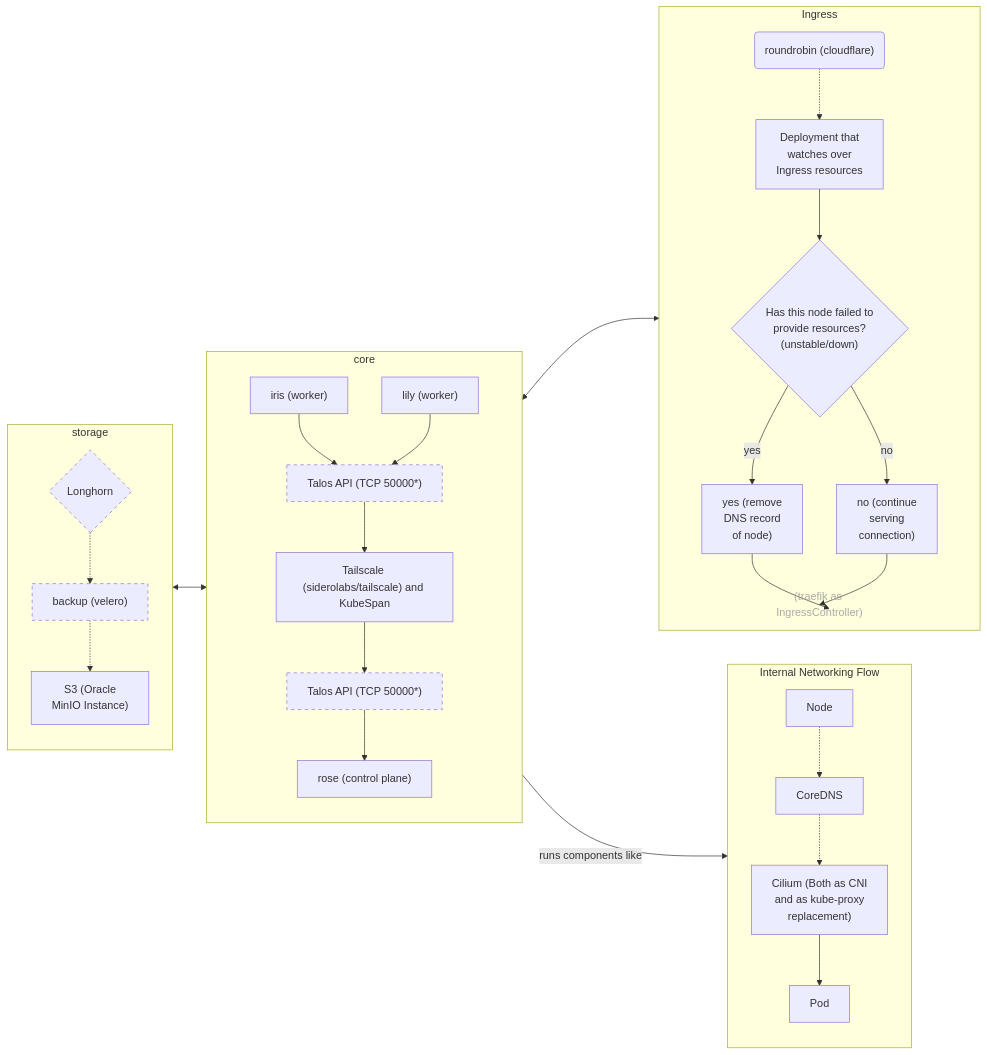
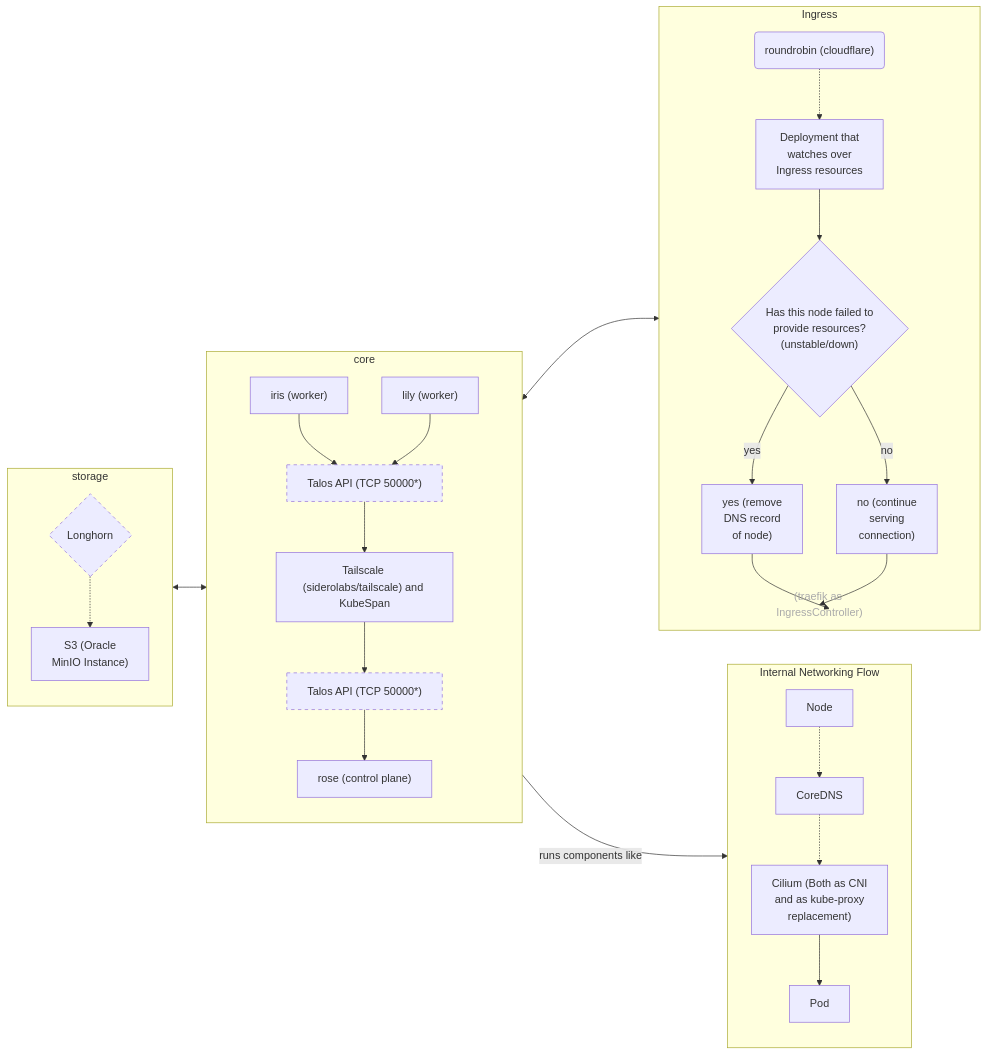
Before and after one commit to bouquet2/bouquet2: the diagram in README.md, drawn with Mermaid.

Commit message:
[skip ci] Update README.md

````diff
--- a/README.md
+++ b/README.md
@@ -82,74 +82,72 @@
 ```mermaid
 graph LR
     classDef dashed stroke-dasharray: 5 5, stroke-width:1px
     %% User Context:
     %% 1. [2025-04-10]. User knows Ansible
     %% - All nodes run Talos Linux
     %% - Will be multi-cloud
     %% - Will be expandable
     %% - hopefully be reproducible (fingers crossed)
     %% - velero might not happen depends on my wallet idk
 
     subgraph Core [core]
         direction TB
         core_rose["rose (control plane)"]
         core_talos_api_up["Talos API (TCP 50000*)"]:::dashed
         core_tailscale["Tailscale (siderolabs/tailscale) and KubeSpan"]
         core_talos_api_down["Talos API (TCP 50000*)"]:::dashed
         core_iris["iris (worker)"]
         core_lily["lily (worker)"]
         core_iris --> core_talos_api_down
         core_lily --> core_talos_api_down
         core_talos_api_down --> core_tailscale
         core_tailscale --> core_talos_api_up
         core_talos_api_up --> core_rose
     end
 
     subgraph Storage [storage]
         direction TB
         storage_longhorn{"Longhorn"}:::dashed
         %% Kept Longhorn as per original chart text
-        storage_velero["backup (velero)"]:::dashed
         storage_s3["S3 (Oracle<br>MinIO Instance)"]
-        storage_longhorn -.-> storage_velero
-        storage_velero -.-> storage_s3
+        storage_longhorn -.-> storage_s3
     end
 
     subgraph Ingress
         direction TB
         ingress_rr("roundrobin (cloudflare)")
         ingress_watcher["Deployment that<br>watches over<br>Ingress resources"]
         ingress_check{"Has this node failed to<br>provide resources?<br>(unstable/down)"}
         ingress_yes["yes (remove<br>DNS record<br>of node)"]
         ingress_no["no (continue<br>serving<br>connection)"]
         ingress_note(["(traefik as IngressController)"])
         style ingress_note fill:none,stroke:none,color:#aaa
         %% Make note less prominent
         ingress_rr -.-> ingress_watcher
         ingress_watcher --> ingress_check
         ingress_check -- yes --> ingress_yes
         ingress_check -- no --> ingress_no
         %% Place note loosely after decision
         ingress_yes --> ingress_note
         ingress_no --> ingress_note
     end
 
     subgraph InternalNetworking [Internal Networking Flow]
         direction TB
         int_net_node[Node]
         int_net_coredns[CoreDNS]
         int_net_cilium["Cilium (Both as CNI<br>and as kube-proxy<br>replacement)"]
         int_net_pod[Pod]
         %% Use dashed lines for first two hops as in the source image
         int_net_node -.-> int_net_coredns
         int_net_coredns -.-> int_net_cilium
         %% Use solid line for the last hop as in the source image
         int_net_cilium --> int_net_pod
     end
 
     %% Connections between subgraphs
     Storage <--> Core
     Core <--> Ingress
     %% Show that Internal Networking runs *within* the Core nodes and relates to Pods
     Core -- "runs components like" --> InternalNetworking
 ```
````
